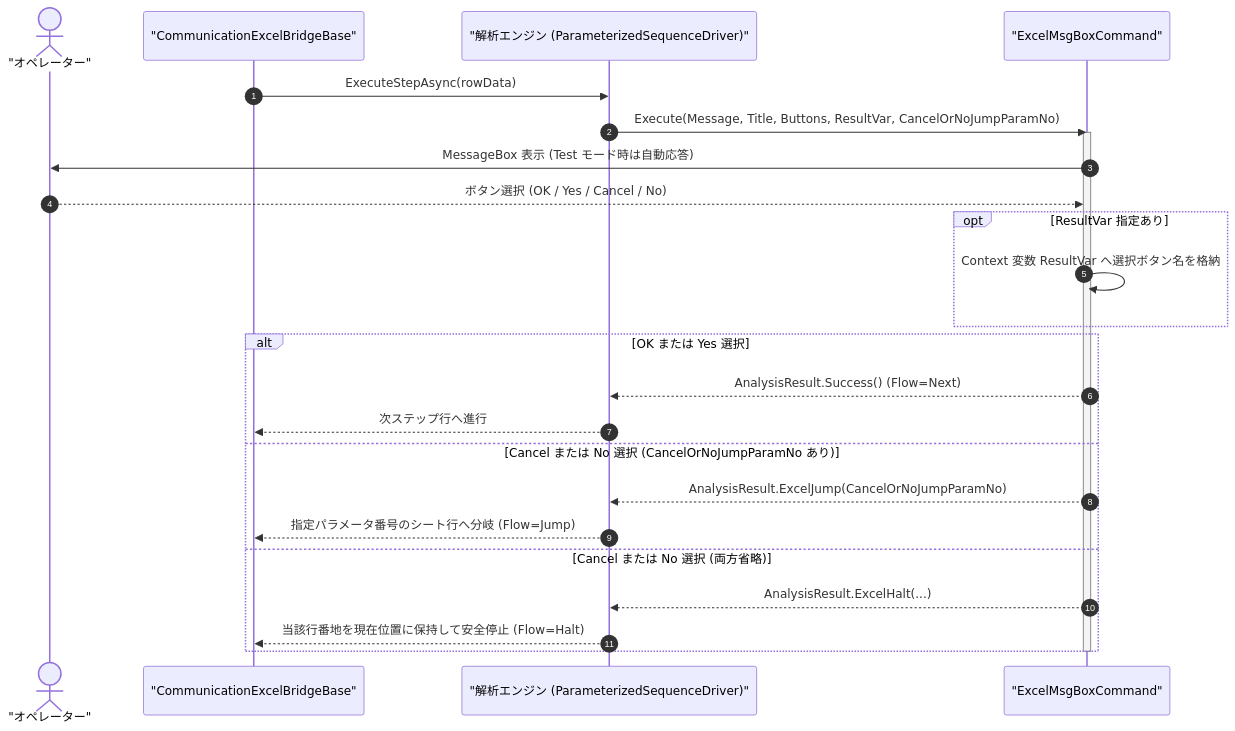
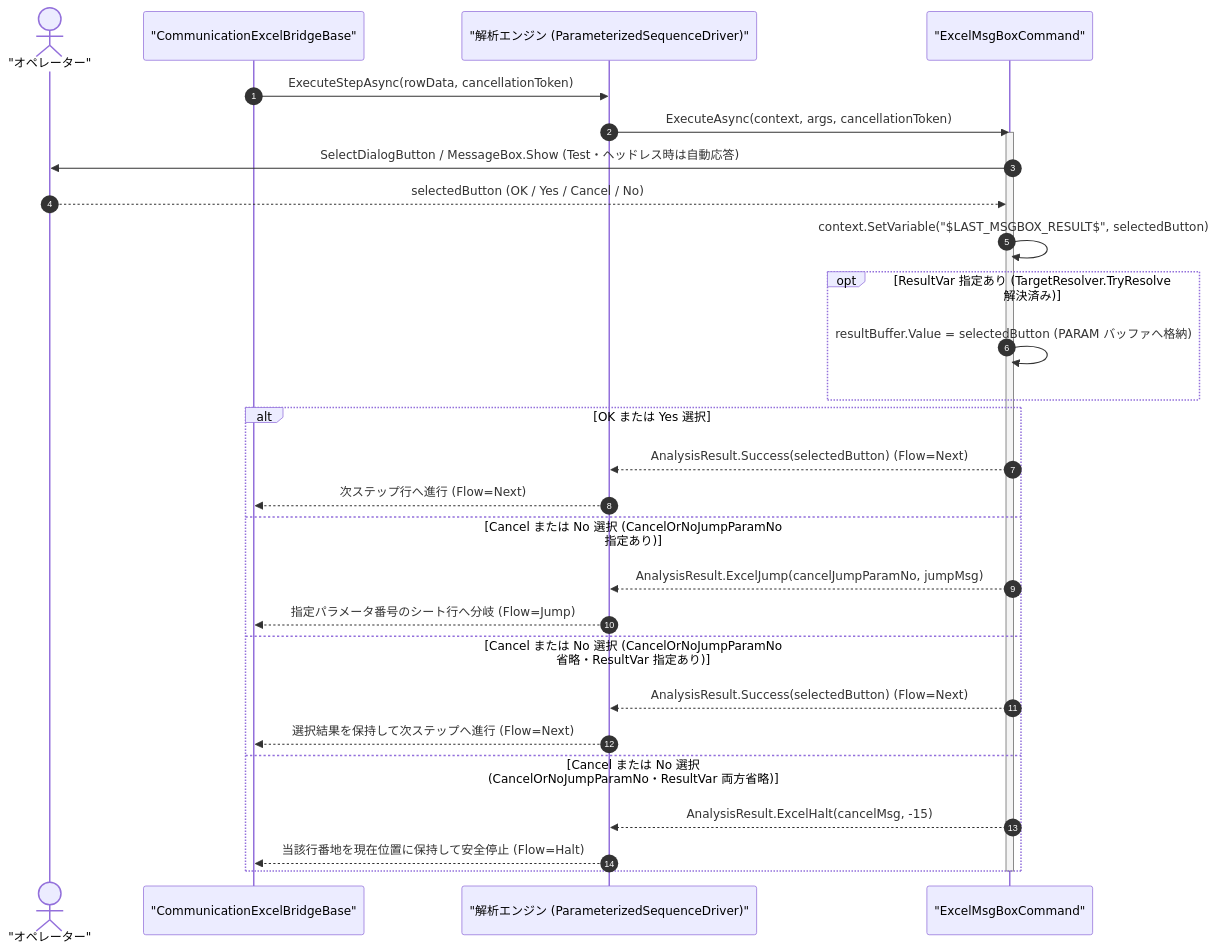
The diagram in Manual/Core/Excel/Excel_Msg_Box.Md (Monaca-App/TermAddIn), drawn with Mermaid before and after one commit. The commit also changed other lines of this file and 157 other files, not shown here.

````diff
--- a/Manual/Core/Excel/Excel_Msg_Box.Md
+++ b/Manual/Core/Excel/Excel_Msg_Box.Md
@@ -73,28 +73,32 @@
 ```mermaid
 sequenceDiagram
     autonumber
     actor Operator as "オペレーター"
     participant Bridge as "CommunicationExcelBridgeBase"
     participant Engine as "解析エンジン (ParameterizedSequenceDriver)"
     participant Cmd as "ExcelMsgBoxCommand"
 
-    Bridge->>Engine: ExecuteStepAsync(rowData)
-    Engine->>Cmd: Execute(Message, Title, Buttons, ResultVar, CancelOrNoJumpParamNo)
+    Bridge->>Engine: ExecuteStepAsync(rowData, cancellationToken)
+    Engine->>Cmd: ExecuteAsync(context, args, cancellationToken)
     activate Cmd
-    Cmd->>Operator: MessageBox 表示 (Test モード時は自動応答)
-    Operator-->>Cmd: ボタン選択 (OK / Yes / Cancel / No)
-    opt ResultVar 指定あり
-        Cmd->>Cmd: Context 変数 ResultVar へ選択ボタン名を格納
+    Cmd->>Operator: SelectDialogButton / MessageBox.Show (Test・ヘッドレス時は自動応答)
+    Operator-->>Cmd: selectedButton (OK / Yes / Cancel / No)
+    Cmd->>Cmd: context.SetVariable("$LAST_MSGBOX_RESULT$", selectedButton)
+    opt ResultVar 指定あり (TargetResolver.TryResolve 解決済み)
+        Cmd->>Cmd: resultBuffer.Value = selectedButton (PARAM バッファへ格納)
     end
     alt OK または Yes 選択
-        Cmd-->>Engine: AnalysisResult.Success() (Flow=Next)
-        Engine-->>Bridge: 次ステップ行へ進行
-    else Cancel または No 選択 (CancelOrNoJumpParamNo あり)
-        Cmd-->>Engine: AnalysisResult.ExcelJump(CancelOrNoJumpParamNo)
+        Cmd-->>Engine: AnalysisResult.Success(selectedButton) (Flow=Next)
+        Engine-->>Bridge: 次ステップ行へ進行 (Flow=Next)
+    else Cancel または No 選択 (CancelOrNoJumpParamNo 指定あり)
+        Cmd-->>Engine: AnalysisResult.ExcelJump(cancelJumpParamNo, jumpMsg)
         Engine-->>Bridge: 指定パラメータ番号のシート行へ分岐 (Flow=Jump)
-    else Cancel または No 選択 (両方省略)
-        Cmd-->>Engine: AnalysisResult.ExcelHalt(...)
+    else Cancel または No 選択 (CancelOrNoJumpParamNo 省略・ResultVar 指定あり)
+        Cmd-->>Engine: AnalysisResult.Success(selectedButton) (Flow=Next)
+        Engine-->>Bridge: 選択結果を保持して次ステップへ進行 (Flow=Next)
+    else Cancel または No 選択 (CancelOrNoJumpParamNo・ResultVar 両方省略)
+        Cmd-->>Engine: AnalysisResult.ExcelHalt(cancelMsg, -15)
         Engine-->>Bridge: 当該行番地を現在位置に保持して安全停止 (Flow=Halt)
     end
     deactivate Cmd
 ```
````
